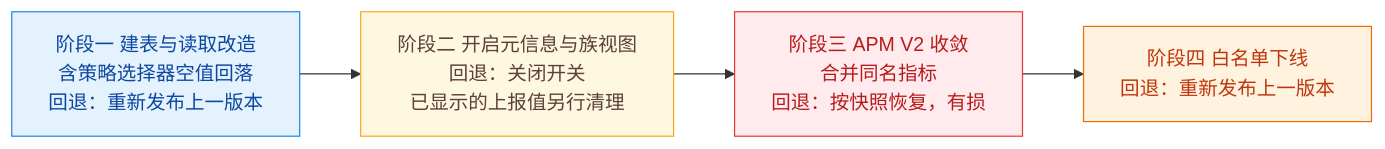
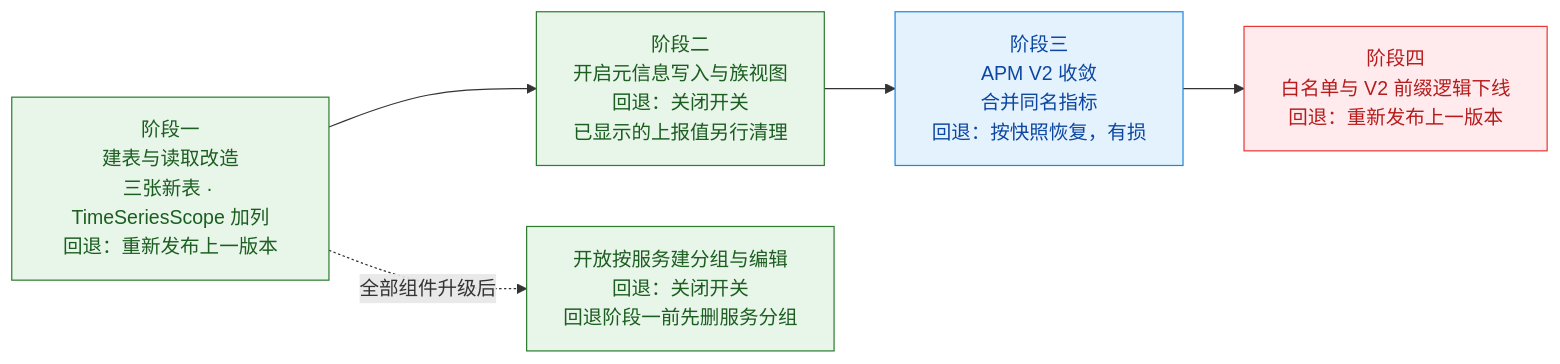
Before and after one commit to ZhuoZhuoCrayon/ai-workspace: the second of 28 diagrams in knowledge/bkmonitor/issues/2026-09-15-custom-metric-metadata/PLAN.md, drawn with Mermaid. The commit also changed other lines of this file and 12 other files, not shown here.

````diff
--- a/knowledge/bkmonitor/issues/2026-09-15-custom-metric-metadata/PLAN.md
+++ b/knowledge/bkmonitor/issues/2026-09-15-custom-metric-metadata/PLAN.md
@@ -61,15 +211,14 @@
 ```mermaid
 flowchart LR
-    P1["阶段一 建表与读取改造<br/>含策略选择器空值回落<br/>回退：重新发布上一版本"] --> P2["阶段二 开启元信息与族视图<br/>回退：关闭开关<br/>已显示的上报值另行清理"]
-    P2 --> P3["阶段三 APM V2 收敛<br/>合并同名指标<br/>回退：按快照恢复，有损"]
-    P3 --> P4["阶段四 白名单下线<br/>回退：重新发布上一版本"]
+    P1["阶段一<br/>建表与读取改造<br/>三张新表 · TimeSeriesScope 加列<br/>回退：重新发布上一版本"] --> P2["阶段二<br/>开启元信息写入与族视图<br/>回退：关闭开关<br/>已显示的上报值另行清理"]
+    P2 --> P3["阶段三<br/>APM V2 收敛<br/>合并同名指标<br/>回退：按快照恢复，有损"]
+    P3 --> P4["阶段四<br/>白名单与 V2 前缀逻辑下线<br/>回退：重新发布上一版本"]
+    P1 -. "全部组件升级后" .-> Svc["开放按服务建分组与编辑<br/>回退：关闭开关<br/>回退阶段一前先删服务分组"]
 
-    classDef safe fill:#e3f2fd,stroke:#1e88e5,color:#0d47a1
-    classDef switch fill:#fff8e1,stroke:#f9a825,color:#5d4037
-    classDef lossy fill:#ffebee,stroke:#e53935,color:#b71c1c
-    classDef redeploy fill:#fff3e0,stroke:#ef6c00,color:#bf360c
-    class P1 safe
-    class P2 switch
-    class P3 lossy
-    class P4 redeploy
+    classDef added fill:#E8F5E9,stroke:#2E7D32,color:#1B5E20
+    classDef changed fill:#E3F2FD,stroke:#1E88E5,color:#0D47A1
+    classDef removed fill:#FFEBEE,stroke:#E53935,color:#B71C1C
+    class P1,P2,Svc added
+    class P3 changed
+    class P4 removed
 ```
````
